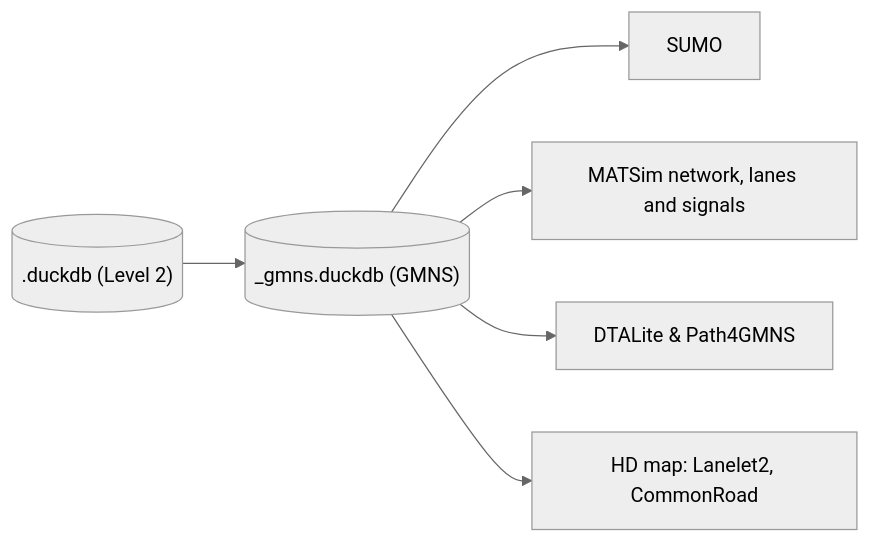
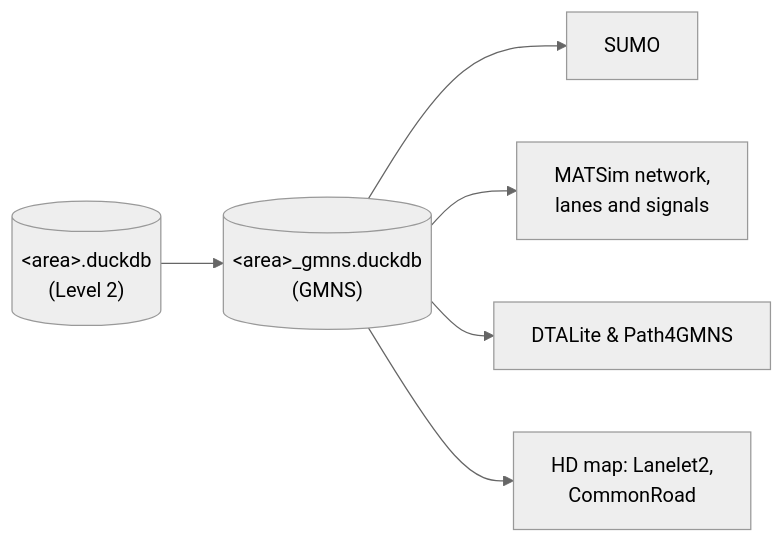
Before and after one commit to Khoshkhah/duckOSM: the diagram in docs/exports/gmns-network/index.md, drawn with Mermaid (neutral theme). The commit also changed 3 other files, not shown here.

First line of the commit message:
Docs: the diagram labels fit their boxes and show <area>

````diff
--- a/docs/exports/gmns-network/index.md
+++ b/docs/exports/gmns-network/index.md
@@ -5,8 +5,8 @@
 ```mermaid
 flowchart LR
-  l2[("<area>.duckdb (Level 2)")] --> gmns[("<area>_gmns.duckdb (GMNS)")]
+  l2[("#lt;area#gt;.duckdb<br/>(Level 2)")] --> gmns[("#lt;area#gt;_gmns.duckdb<br/>(GMNS)")]
   gmns --> sumo["SUMO"]
-  gmns --> matsim["MATSim network, lanes and signals"]
+  gmns --> matsim["MATSim network,<br/>lanes and signals"]
   gmns --> dta["DTALite & Path4GMNS"]
-  gmns --> hd["HD map: Lanelet2, CommonRoad"]
+  gmns --> hd["HD map: Lanelet2,<br/>CommonRoad"]
 ```
````
